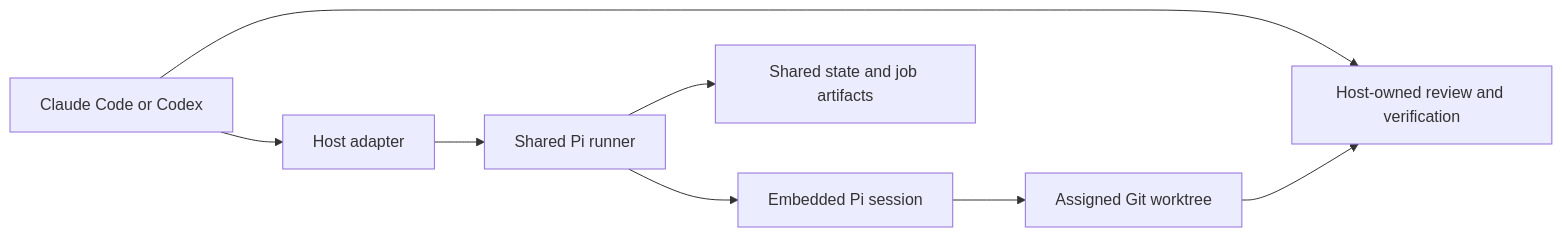
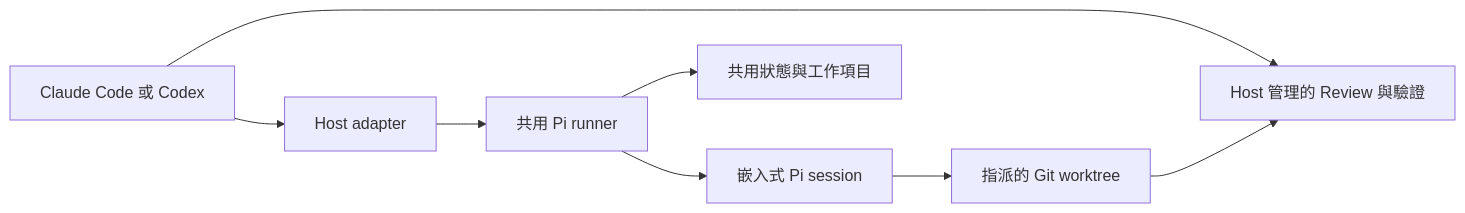
One commit to JiaWeiXie/swarm-pi-code-plugin changed the diagram in README.md. Above: the diagram before and after it, drawn with Mermaid. The commit also changed other lines of this file and 99 other files, not shown here.

````diff
--- a/README.md
+++ b/README.md
@@ -13,10 +9,10 @@
 ```mermaid
 flowchart LR
-    H[Claude Code or Codex] --> A[Host adapter]
-    A --> R[Shared Pi runner]
-    R --> P[Embedded Pi session]
-    P --> W[Assigned Git worktree]
-    R --> S[Shared state and job artifacts]
-    H --> V[Host-owned review and verification]
+    H[Claude Code 或 Codex] --> A[Host adapter]
+    A --> R[共用 Pi runner]
+    R --> P[嵌入式 Pi session]
+    P --> W[指派的 Git worktree]
+    R --> S[共用狀態與工作項目]
+    H --> V[Host 管理的 Review 與驗證]
     W --> V
 ```
````
